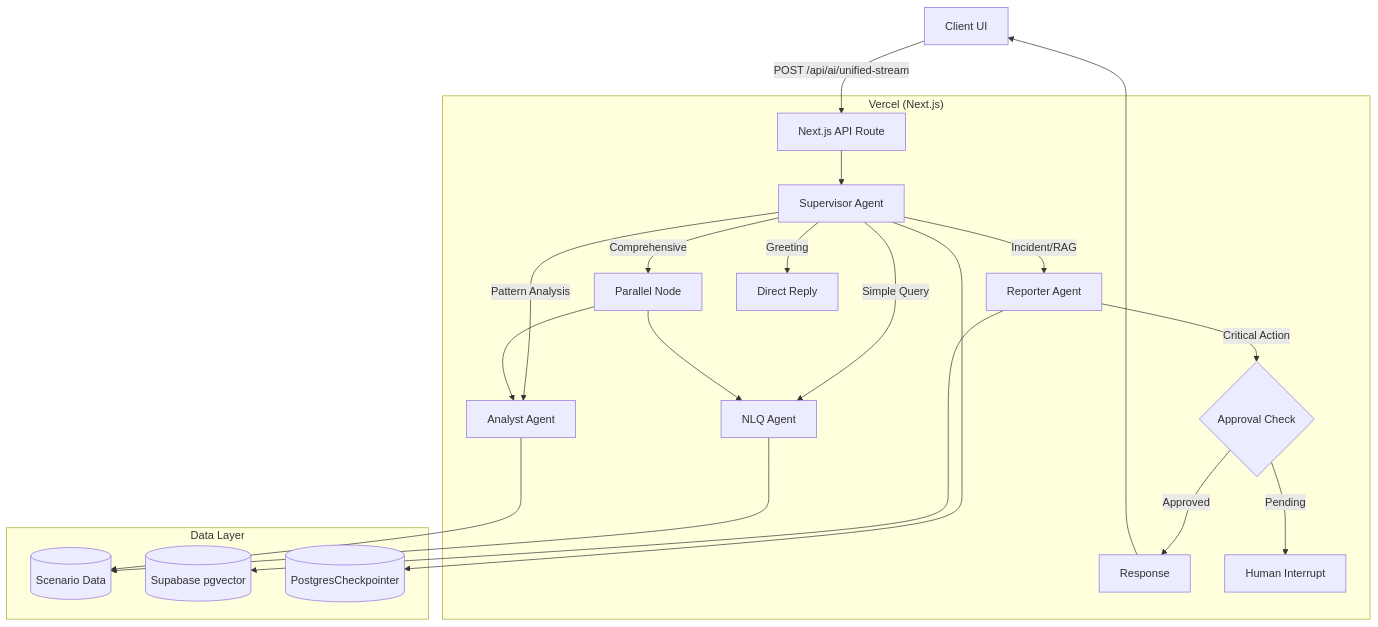
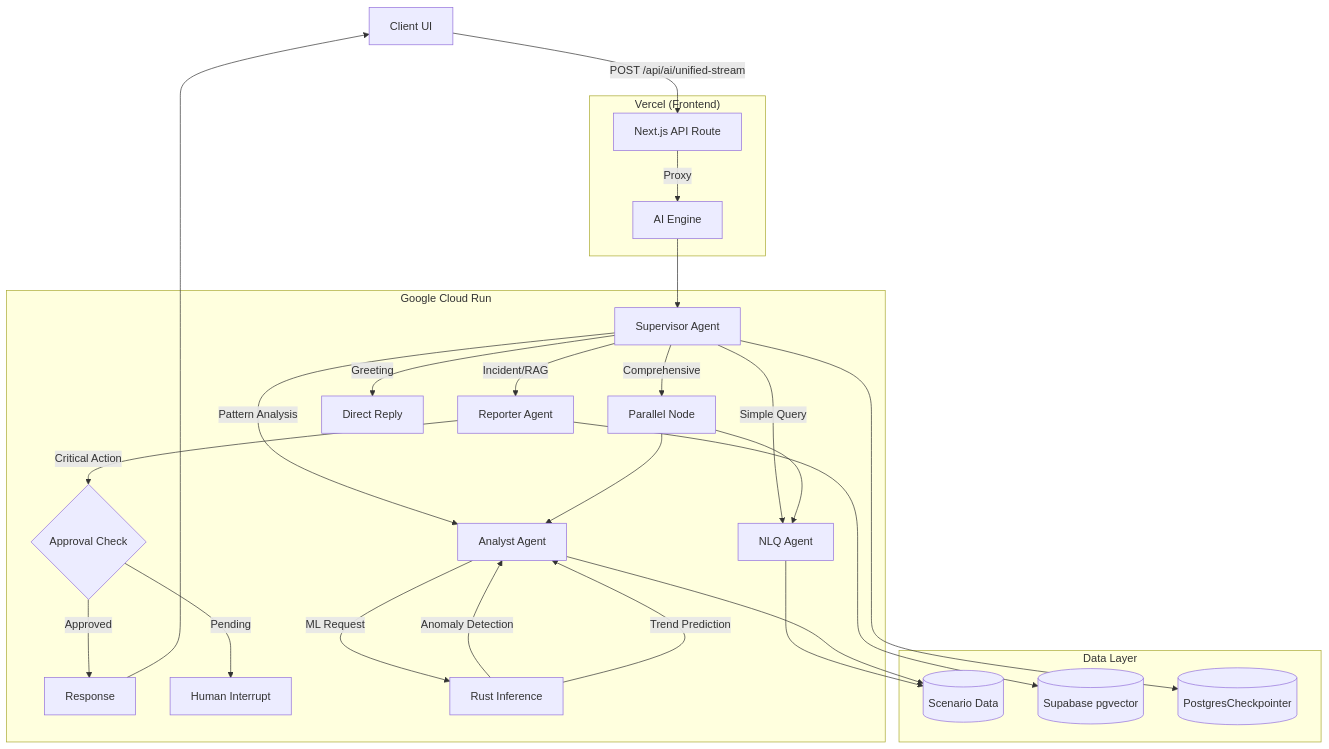
Before and after one commit to skyasu2/openmanager-vibe-v5: the diagram in docs/core/architecture/AI_ENGINE_ARCHITECTURE.md, drawn with Mermaid. The commit also changed other lines of this file and 1 other file, not shown here.

First line of the commit message:
perf(ai): switch Analyst agent from Gemini Pro to Flash for better free tier usage

````diff
--- a/docs/core/architecture/AI_ENGINE_ARCHITECTURE.md
+++ b/docs/core/architecture/AI_ENGINE_ARCHITECTURE.md
@@ -46,30 +48,38 @@
 ```mermaid
 graph TD
     Client[Client UI] -->|POST /api/ai/unified-stream| API[Next.js API Route]
 
-    subgraph "Vercel (Next.js)"
-        API --> Supervisor[Supervisor Agent]
+    subgraph "Vercel (Frontend)"
+        API -->|Proxy| CloudRun
+    end
+
+    subgraph "Google Cloud Run"
+        CloudRun[AI Engine] --> Supervisor[Supervisor Agent]
 
         Supervisor -->|Simple Query| NLQ[NLQ Agent]
         Supervisor -->|Pattern Analysis| Analyst[Analyst Agent]
         Supervisor -->|Incident/RAG| Reporter[Reporter Agent]
         Supervisor -->|Comprehensive| Parallel[Parallel Node]
         Supervisor -->|Greeting| Direct[Direct Reply]
 
         Parallel --> NLQ
         Parallel --> Analyst
 
         Reporter -->|Critical Action| Approval{Approval Check}
         Approval -->|Approved| Response[Response]
         Approval -->|Pending| Interrupt[Human Interrupt]
+
+        Analyst -->|ML Request| RustML[Rust Inference]
+        RustML -->|Anomaly Detection| Analyst
+        RustML -->|Trend Prediction| Analyst
     end
 
     subgraph "Data Layer"
         NLQ --> Metrics[(Scenario Data)]
         Analyst --> Metrics
         Reporter --> RAG[(Supabase pgvector)]
         Supervisor --> Checkpoint[(PostgresCheckpointer)]
     end
 
     Response --> Client
 ```
````
